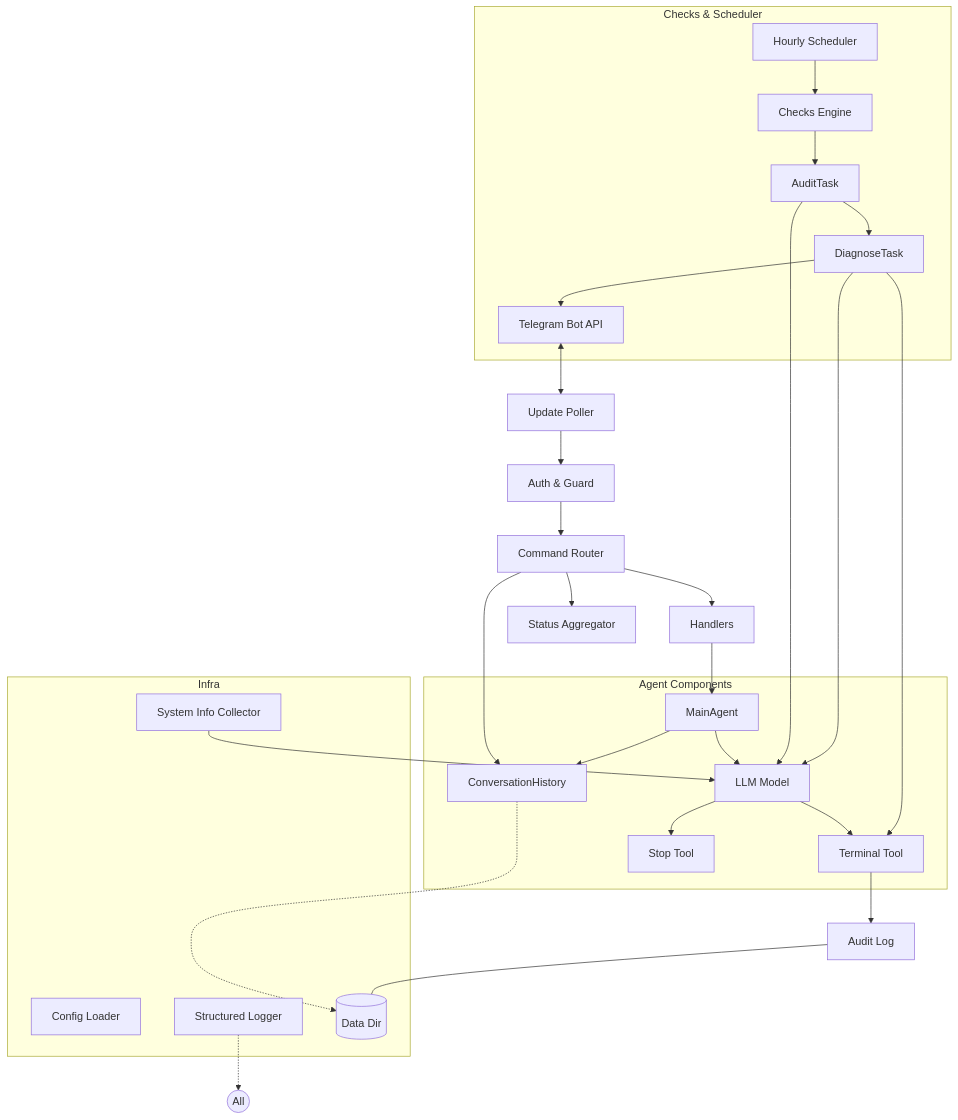
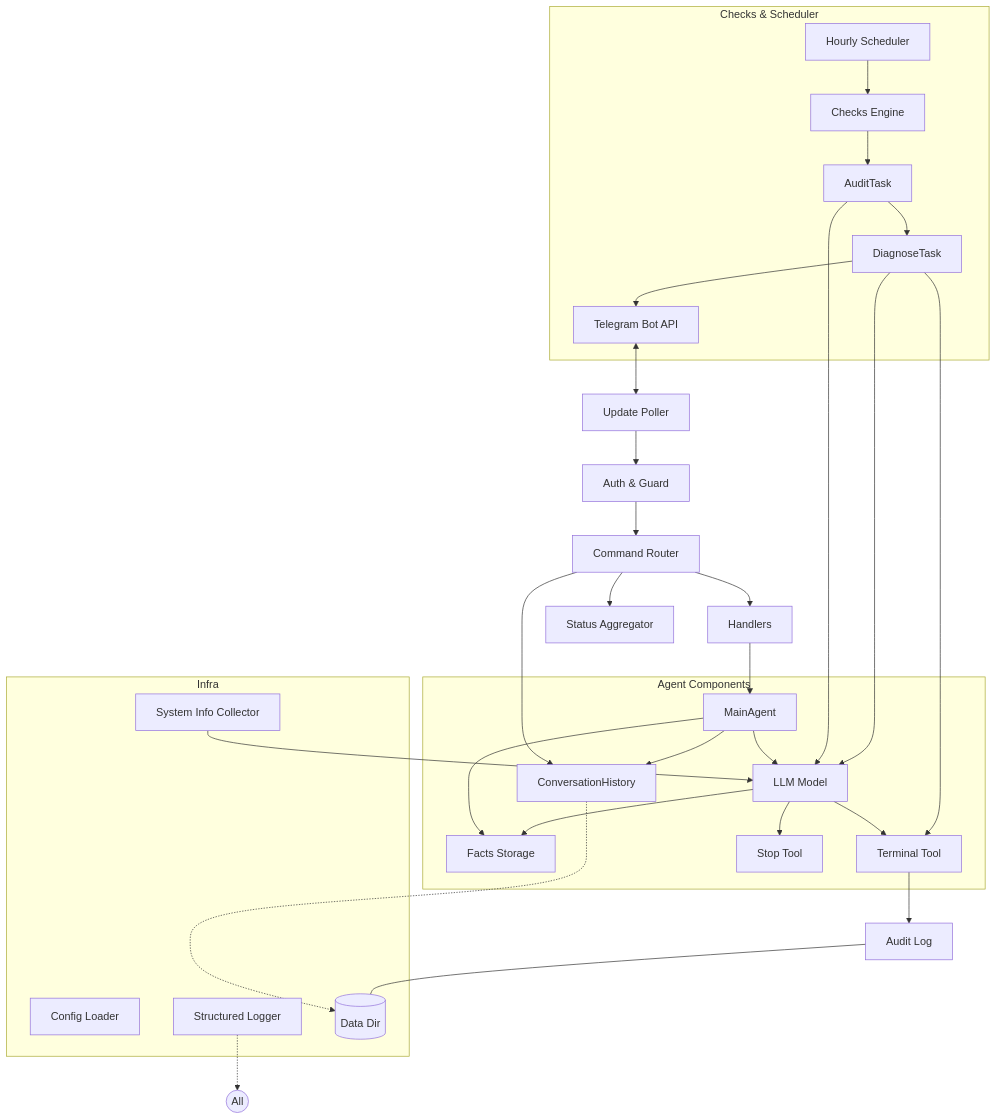
One commit to korchasa/severin changed the first of 7 diagrams in documents/design.md. Above: the diagram before and after it, drawn with Mermaid. The commit also changed other lines of this file and 16 other files, not shown here.

First line of the commit message:
feat: add persistent facts storage and management

````diff
--- a/documents/design.md
+++ b/documents/design.md
@@ -17,41 +17,43 @@
 ```mermaid
 graph TD
   TG[Telegram Bot API] <--> UPD[Update Poller]
   UPD --> AUTH[Auth & Guard]
   AUTH --> RT[Command Router]
   RT --> HND[Handlers]
   RT --> MEM[History Service]
   RT --> STAT[Status Aggregator]
 
   subgraph Checks & Scheduler
     SCH[Hourly Scheduler] --> CE[Checks Engine]
     CE --> AUDIT[AuditTask]
     AUDIT --> DIAG[DiagnoseTask]
     DIAG --> TG
   end
 
   subgraph Agent Components
     MAIN[MainAgent] --> LLM[LLM Model]
     MAIN --> MEM[ConversationHistory]
+    MAIN --> FACTS[Facts Storage]
     AUDIT[AuditTask] --> LLM
     DIAG[DiagnoseTask] --> LLM
     LLM --> TTERM[Terminal Tool]
     LLM --> STOP[Stop Tool]
+    LLM --> FACTS
     DIAG --> TTERM
   end
 
   HND --> MAIN
   TTERM --> AUD[Audit Log]
 
   subgraph Infra
     CFG[Config Loader]
     LOG[Structured Logger]
     FS[(Data Dir)]
     SI[System Info Collector]
   end
 
   SI --> LLM
   MEM -.-> FS
   AUD --- FS
   LOG -.-> all((All))
 ```
````
